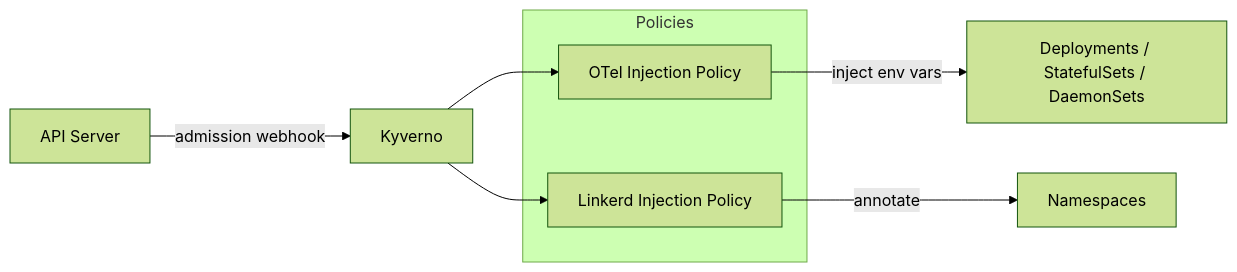
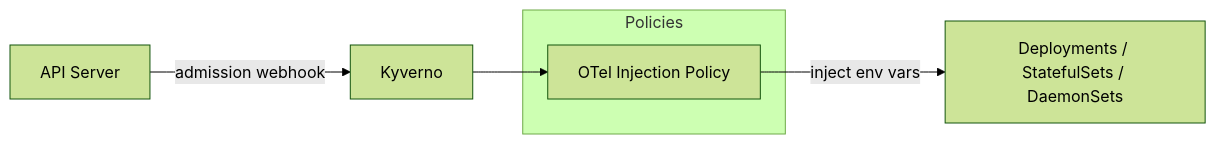
Before and after one commit to jomcgi-org/homelab: the diagram in projects/platform/kyverno/README.md, drawn with Mermaid (forest theme). The commit also changed other lines of this file and 56 other files, not shown here.

````diff
--- a/projects/platform/kyverno/README.md
+++ b/projects/platform/kyverno/README.md
@@ -9,14 +9,11 @@
 ```mermaid
 flowchart LR
     API[API Server] -->|admission webhook| KYV[Kyverno]
 
     subgraph Policies
         OTEL[OTel Injection Policy]
-        LINK[Linkerd Injection Policy]
     end
 
     KYV --> OTEL
-    KYV --> LINK
     OTEL -->|inject env vars| Workloads[Deployments / StatefulSets / DaemonSets]
-    LINK -->|annotate| NS[Namespaces]
 ```
````
